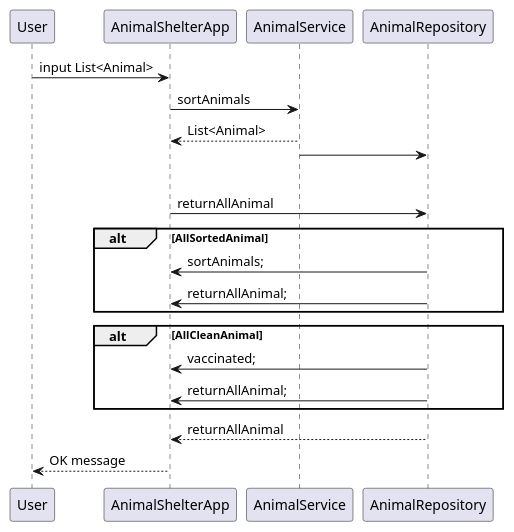
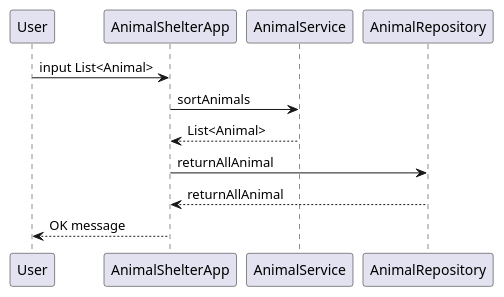
One commit to JananJavdan/AnimalShelterTestingJanan changed the diagram in src/main/java/AnalyseAnimalShelter/sequence_returnallanimals.puml. Above: the diagram before and after it, drawn with PlantUML. The commit also changed 23 other files, not shown here.

```diff
--- a/src/main/java/AnalyseAnimalShelter/sequence_returnallanimals.puml
+++ b/src/main/java/AnalyseAnimalShelter/sequence_returnallanimals.puml
@@ -1,27 +1,15 @@
 @startuml
 User -> AnimalShelterApp : input List<Animal>
 AnimalShelterApp -> AnimalService : sortAnimals
 AnimalService --> AnimalShelterApp : List<Animal>
 
-AnimalService -> AnimalRepository :
 
-alt AllAnimal
 AnimalShelterApp -> AnimalRepository : returnAllAnimal
 
 
-alt AllSortedAnimal
-AnimalShelterApp <- AnimalRepository : sortAnimals;
-AnimalShelterApp <- AnimalRepository : returnAllAnimal;
-end
-
-alt AllCleanAnimal
-AnimalShelterApp <- AnimalRepository : vaccinated;
-AnimalShelterApp <- AnimalRepository : returnAllAnimal;
-
-end
 AnimalShelterApp <-- AnimalRepository : returnAllAnimal
 
 User <-- AnimalShelterApp : OK message
 
 
 @enduml
```
